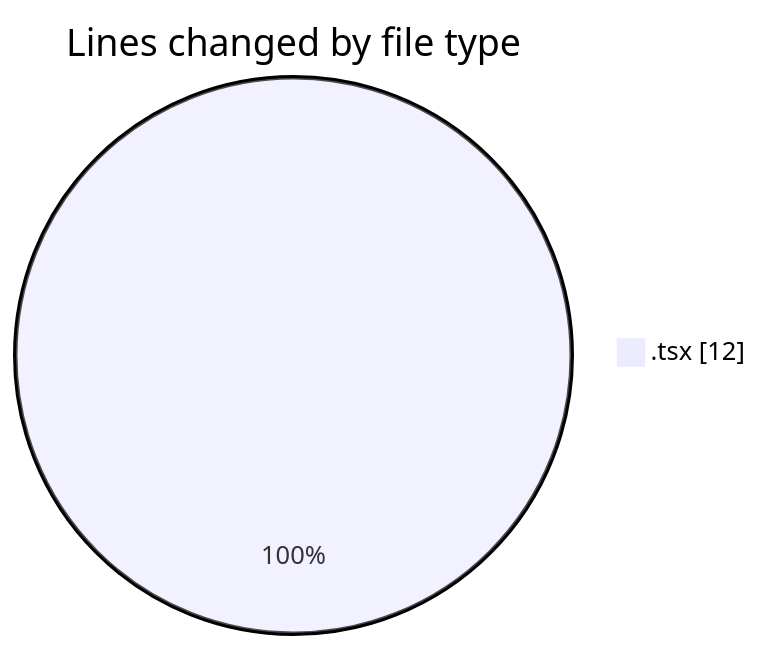
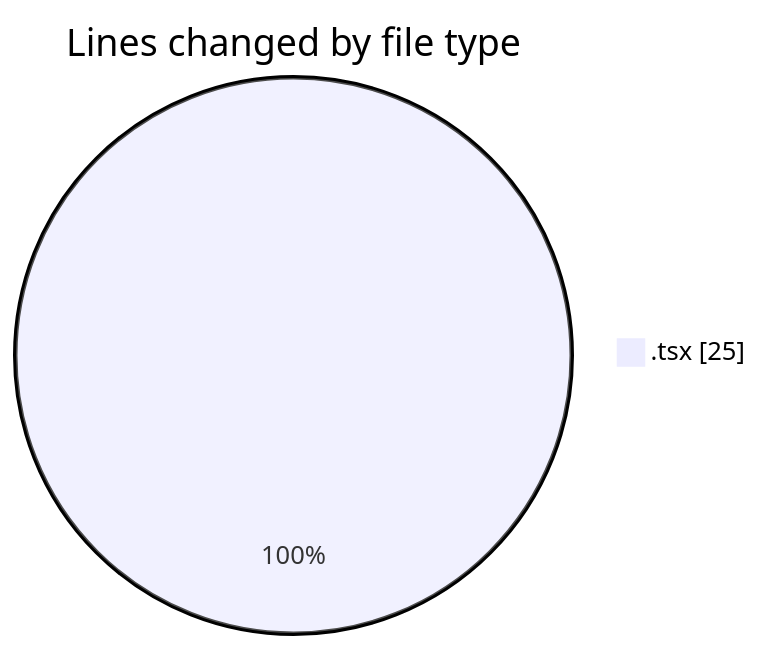
One commit to momahboobian/code-tracking changed the first of 2 diagrams in 2025-12-05/cda/README.md. Above: the diagram before and after it, drawn with Mermaid. The commit also changed other lines of this file and 1 other file, not shown here.

````diff
--- a/2025-12-05/cda/README.md
+++ b/2025-12-05/cda/README.md
@@ -20,5 +21,5 @@
 ```mermaid
 pie showData
 title Lines changed by file type
-".tsx" : 12
+".tsx" : 25
 ```
````
